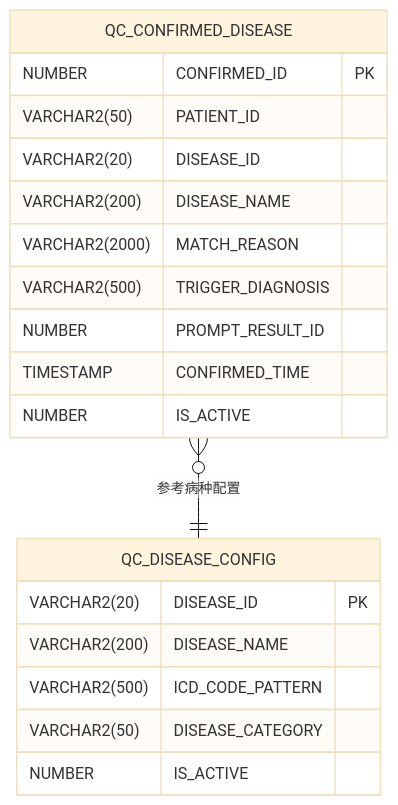
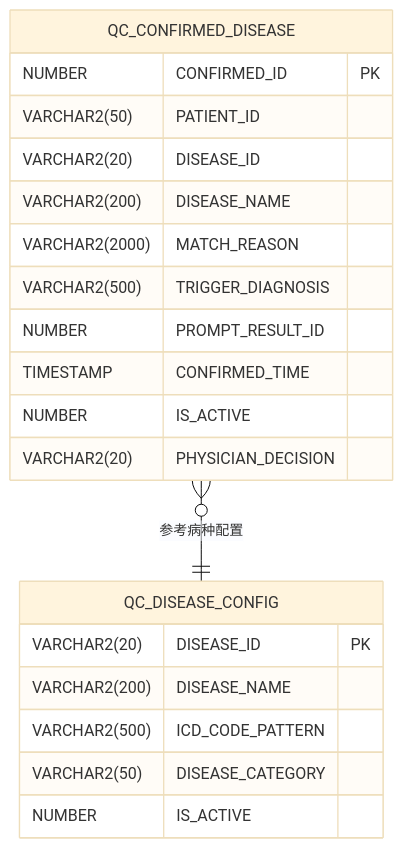
Before and after one commit to liuzh2008/med_ai_assistant_workspace: the eighth of 19 diagrams in .qoder/repowiki/zh/content/核心功能模块/质量控制系统.md, drawn with Mermaid (base theme). The commit also changed other lines of this file and 9 other files, not shown here.

````diff
--- a/.qoder/repowiki/zh/content/核心功能模块/质量控制系统.md
+++ b/.qoder/repowiki/zh/content/核心功能模块/质量控制系统.md
@@ -452,22 +477,23 @@
 ```mermaid
 erDiagram
 QC_CONFIRMED_DISEASE {
 NUMBER CONFIRMED_ID PK
 VARCHAR2(50) PATIENT_ID
 VARCHAR2(20) DISEASE_ID
 VARCHAR2(200) DISEASE_NAME
 VARCHAR2(2000) MATCH_REASON
 VARCHAR2(500) TRIGGER_DIAGNOSIS
 NUMBER PROMPT_RESULT_ID
 TIMESTAMP CONFIRMED_TIME
 NUMBER IS_ACTIVE
+VARCHAR2(20) PHYSICIAN_DECISION
 }
 QC_DISEASE_CONFIG {
 VARCHAR2(20) DISEASE_ID PK
 VARCHAR2(200) DISEASE_NAME
 VARCHAR2(500) ICD_CODE_PATTERN
 VARCHAR2(50) DISEASE_CATEGORY
 NUMBER IS_ACTIVE
 }
 QC_CONFIRMED_DISEASE }o--|| QC_DISEASE_CONFIG : "参考病种配置"
 ```
````
